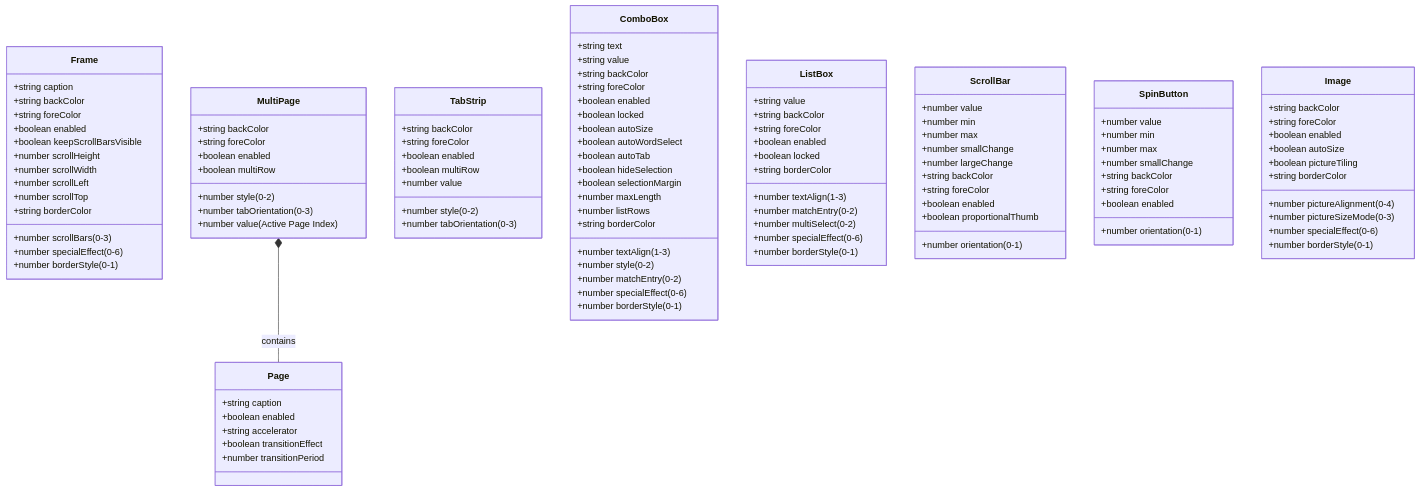
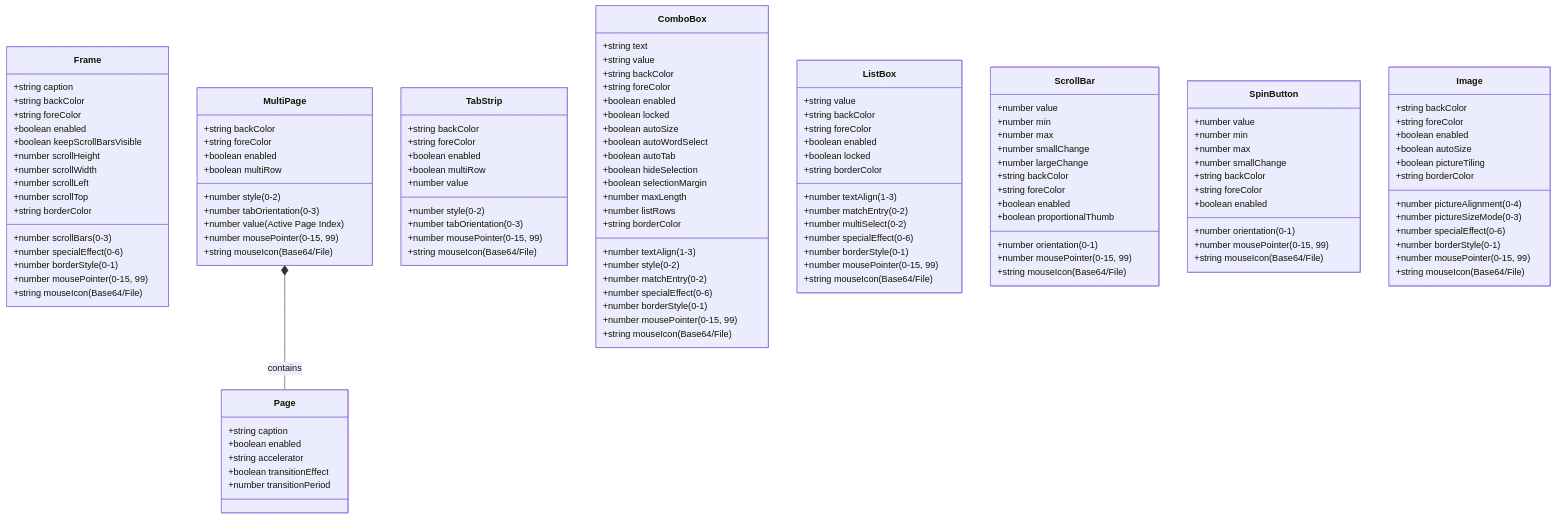
Before and after one commit to viktormax3/vba-macro-project: the second of 2 diagrams in docs/supported-controls.md, drawn with Mermaid. The commit also changed other lines of this file, not shown here.

Commit message:
feat: add mousePointer and mouseIcon properties to supported controls

```diff
--- a/docs/supported-controls.md
+++ b/docs/supported-controls.md
@@ -150,6 +164,8 @@
         +number specialEffect (0-6)
         +number borderStyle (0-1)
         +string borderColor
+        +number mousePointer (0-15, 99)
+        +string mouseIcon (Base64/File)
     }
 
     class MultiPage {
@@ -160,6 +176,8 @@
         +number tabOrientation (0-3)
         +boolean multiRow
         +number value (Active Page Index)
+        +number mousePointer (0-15, 99)
+        +string mouseIcon (Base64/File)
     }
     
     class Page {
@@ -178,6 +196,8 @@
         +number tabOrientation (0-3)
         +boolean multiRow
         +number value
+        +number mousePointer (0-15, 99)
+        +string mouseIcon (Base64/File)
     }
 
     class ComboBox {
@@ -200,6 +220,8 @@
         +number specialEffect (0-6)
         +number borderStyle (0-1)
         +string borderColor
+        +number mousePointer (0-15, 99)
+        +string mouseIcon (Base64/File)
     }
 
     class ListBox {
@@ -214,6 +236,8 @@
         +number specialEffect (0-6)
         +number borderStyle (0-1)
         +string borderColor
+        +number mousePointer (0-15, 99)
+        +string mouseIcon (Base64/File)
     }
 
     class ScrollBar {
@@ -227,6 +251,8 @@
         +boolean enabled
         +boolean proportionalThumb
         +number orientation (0-1)
+        +number mousePointer (0-15, 99)
+        +string mouseIcon (Base64/File)
     }
 
     class SpinButton {
@@ -238,6 +264,8 @@
         +string foreColor
         +boolean enabled
         +number orientation (0-1)
+        +number mousePointer (0-15, 99)
+        +string mouseIcon (Base64/File)
     }
 
     class Image {
@@ -251,6 +279,8 @@
         +number specialEffect (0-6)
         +number borderStyle (0-1)
         +string borderColor
+        +number mousePointer (0-15, 99)
+        +string mouseIcon (Base64/File)
     }
 
     MultiPage *-- Page : contains
```
